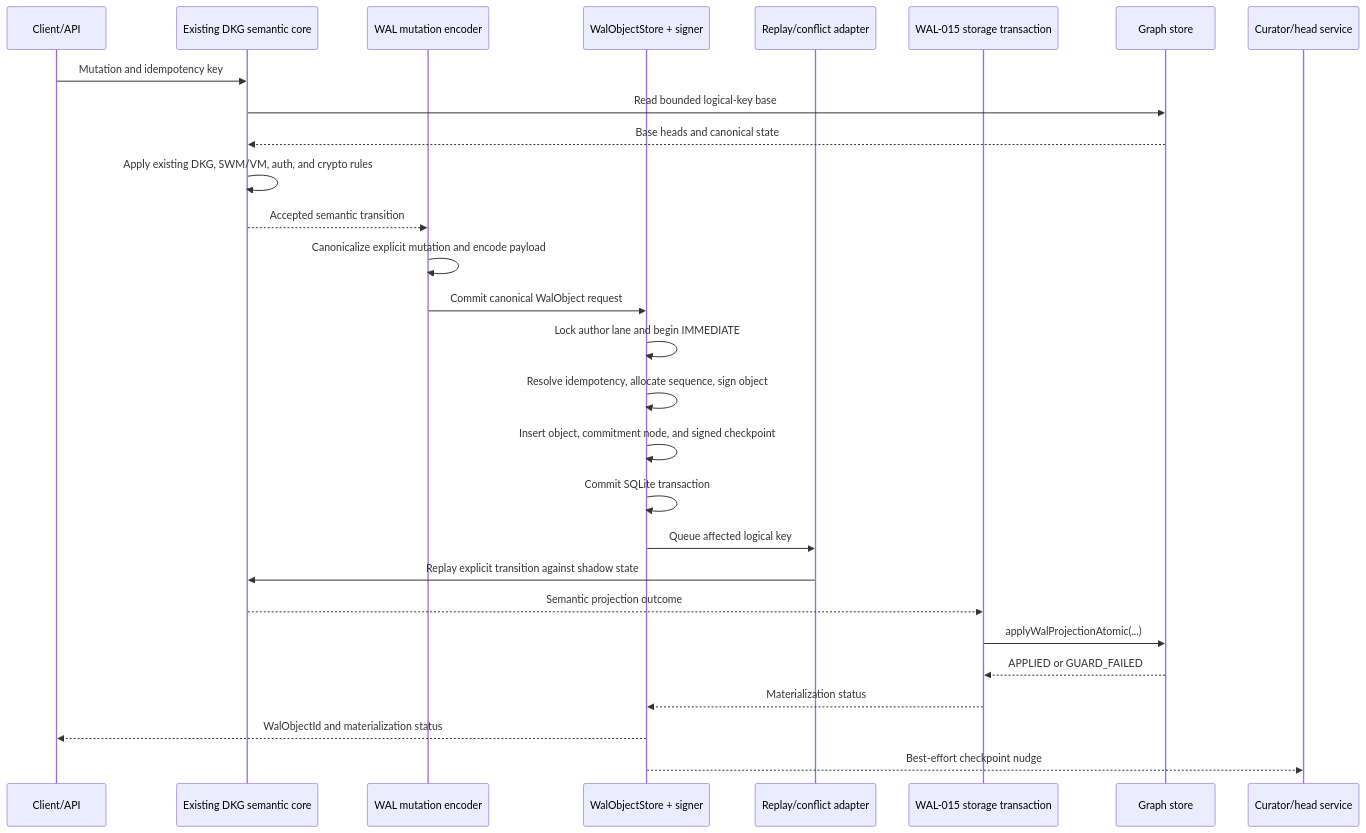
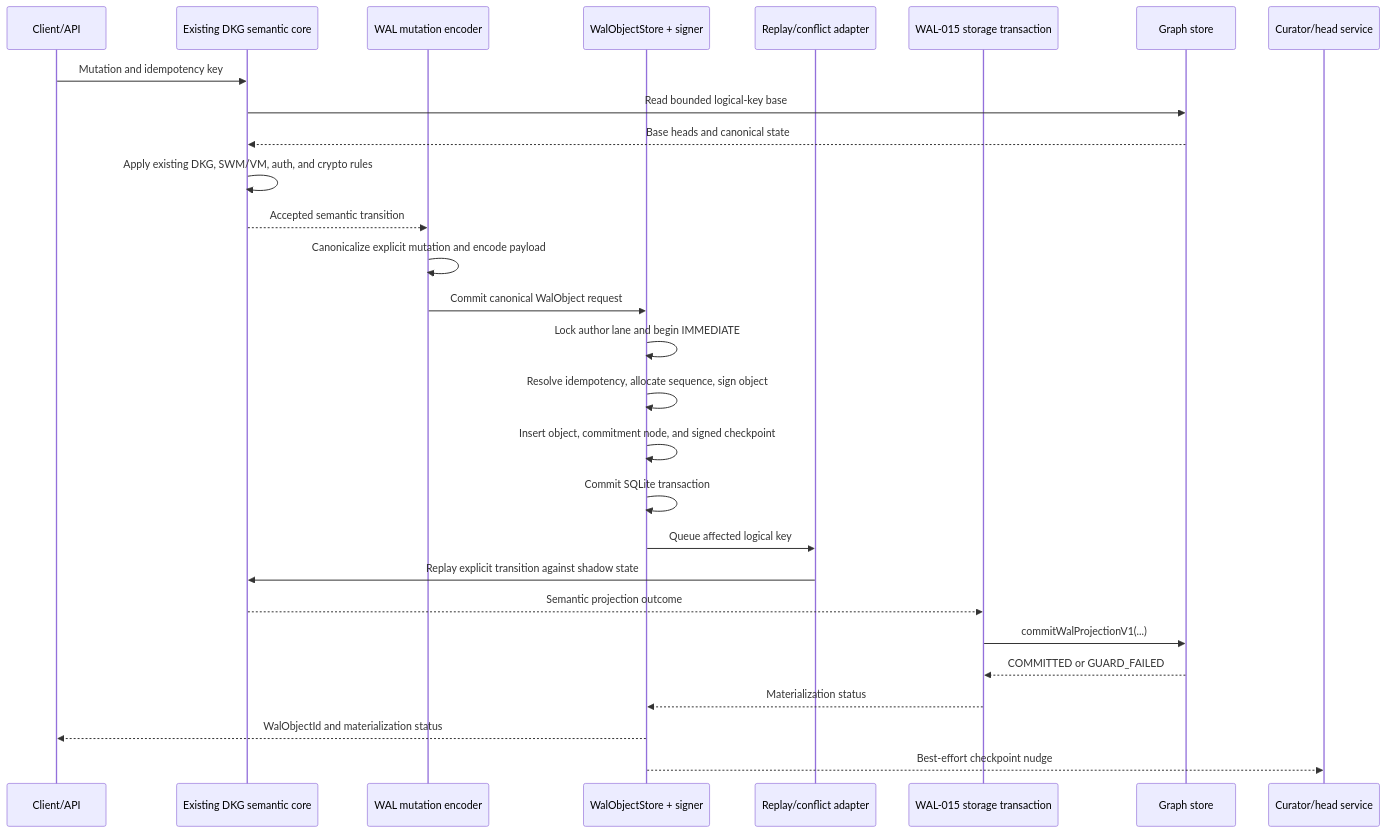
One commit to OriginTrail/dkg changed the eighth of 12 diagrams in docs/active-now/wal-parallel-protocol-task-pack/OT-RFC-65-wal-byte-set-reconciliation-sync.md. Above: the diagram before and after it, drawn with Mermaid. The commit also changed other lines of this file and 23 other files, not shown here.

Commit message:
Implement transactional WAL projection materialization

````diff
--- a/docs/active-now/wal-parallel-protocol-task-pack/OT-RFC-65-wal-byte-set-reconciliation-sync.md
+++ b/docs/active-now/wal-parallel-protocol-task-pack/OT-RFC-65-wal-byte-set-reconciliation-sync.md
@@ -1607,31 +1609,31 @@
 ```mermaid
 sequenceDiagram
     participant C as Client/API
     participant S as Existing DKG semantic core
     participant E as WAL mutation encoder
     participant W as WalObjectStore + signer
     participant A as Replay/conflict adapter
     participant M as WAL-015 storage transaction
     participant G as Graph store
     participant H as Curator/head service
 
     C->>S: Mutation and idempotency key
     S->>G: Read bounded logical-key base
     G-->>S: Base heads and canonical state
     S->>S: Apply existing DKG, SWM/VM, auth, and crypto rules
     S-->>E: Accepted semantic transition
     E->>E: Canonicalize explicit mutation and encode payload
     E->>W: Commit canonical WalObject request
     W->>W: Lock author lane and begin IMMEDIATE
     W->>W: Resolve idempotency, allocate sequence, sign object
     W->>W: Insert object, commitment node, and signed checkpoint
     W->>W: Commit SQLite transaction
     W->>A: Queue affected logical key
     A->>S: Replay explicit transition against shadow state
     S-->>M: Semantic projection outcome
-    M->>G: applyWalProjectionAtomic(...)
-    G-->>M: APPLIED or GUARD_FAILED
+    M->>G: commitWalProjectionV1(...)
+    G-->>M: COMMITTED or GUARD_FAILED
     M-->>W: Materialization status
     W-->>C: WalObjectId and materialization status
     W-->>H: Best-effort checkpoint nudge
 ```
````
